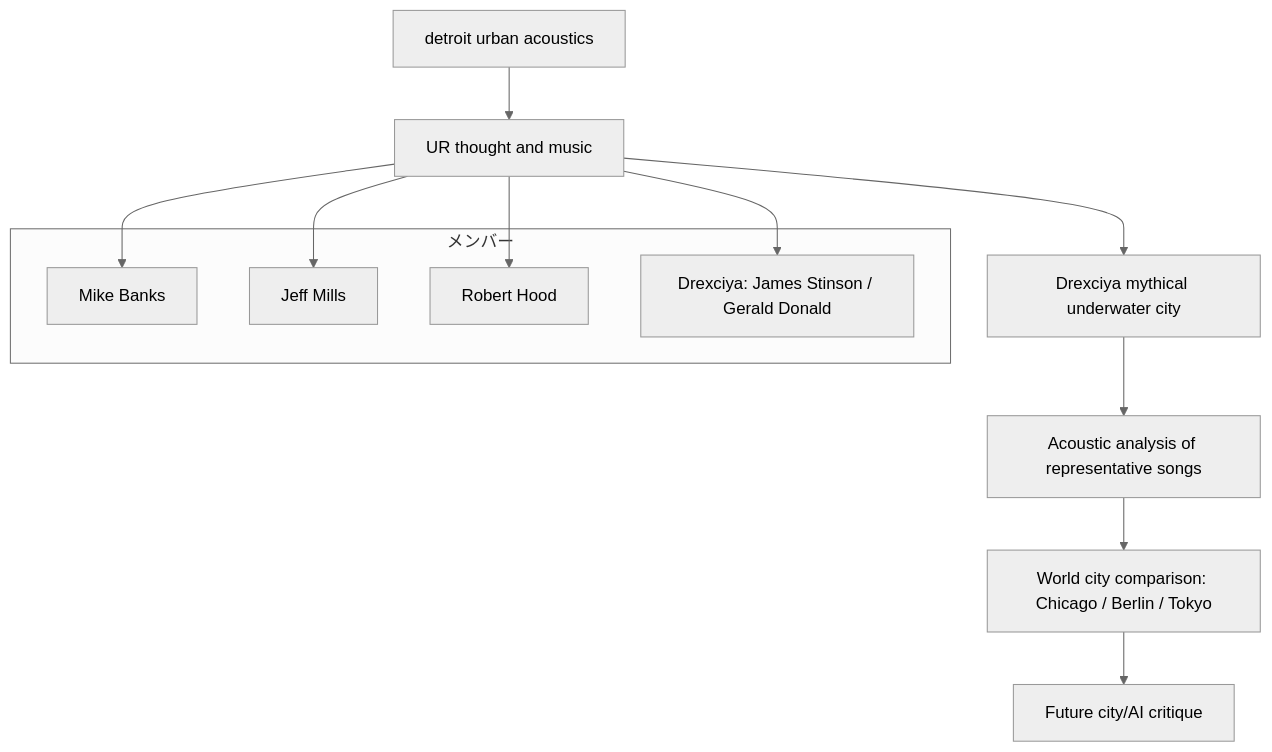
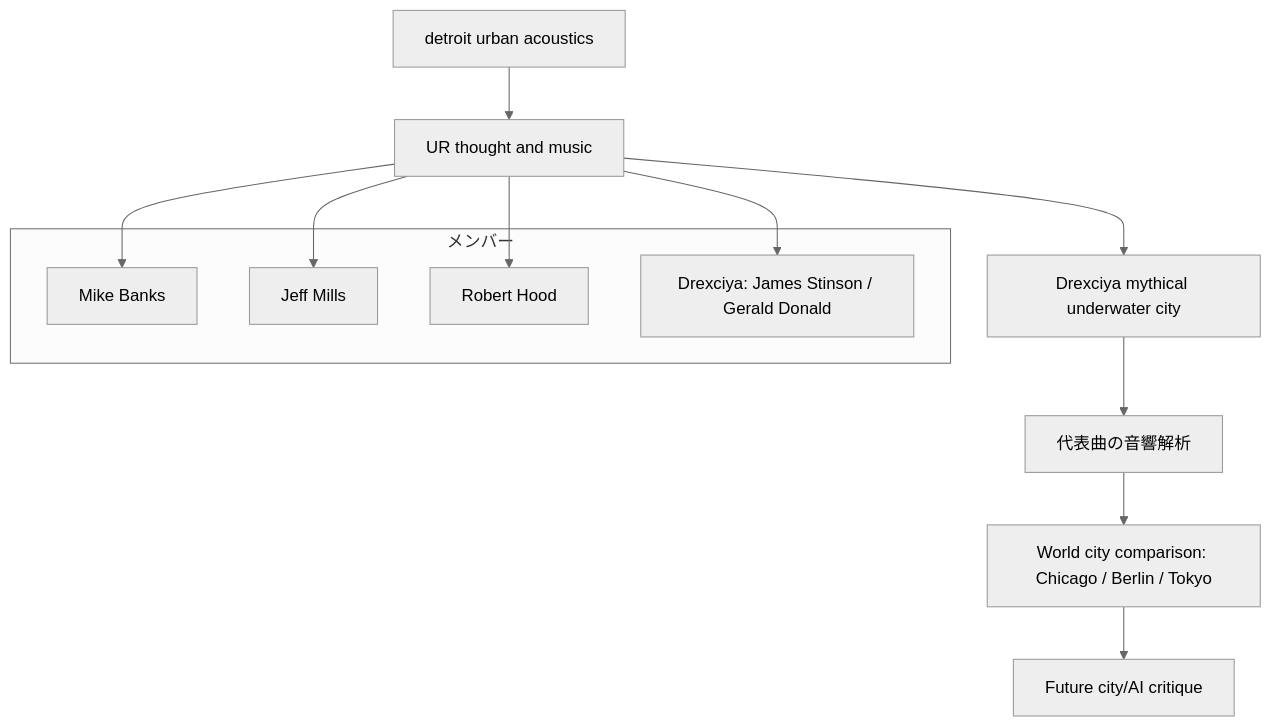
Before and after one commit to monumental-movement/monumental-movement.github.io: the first of 4 diagrams in en/_posts/2025-11-15-column-ur.md, drawn with Mermaid (neutral theme). The commit also changed other lines of this file and 443 other files, not shown here.

```diff
--- a/en/_posts/2025-11-15-column-ur.md
+++ b/en/_posts/2025-11-15-column-ur.md
@@ -209,23 +209,23 @@
 <div class="mermaid">
 
 graph TD
 
     A[detroit urban acoustics] --> B[UR thought and music]
     B --> C[Drexciya mythical underwater city]
-    C --> D[Acoustic analysis of representative songs]
+    C --> D[代表曲の音響解析]
     D --> E[World city comparison: Chicago / Berlin / Tokyo]
     E --> F[Future city/AI critique]
 
     subgraph メンバー
         MB[Mike Banks]
         JM[Jeff Mills]
         RH[Robert Hood]
         DR[Drexciya: James Stinson / Gerald Donald]
     end
 
     B --> MB
     B --> JM
     B --> RH
     B --> DR
 
 </div>
```
